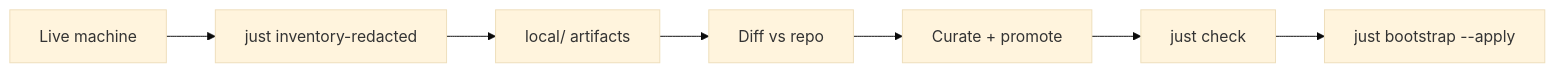
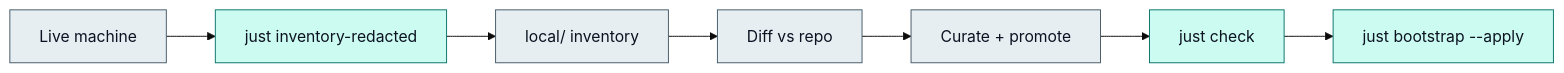
The diagram in docs/content/docs/ssot-workflow.mdx (wyattowalsh/dotfiles), drawn with Mermaid (base theme) before and after one commit. The commit also changed 15 other files, not shown here.

First line of the commit message:
feat(docs): Phosphor icons, Signal Graphite palette, themed Mermaid

````diff
--- a/docs/content/docs/ssot-workflow.mdx
+++ b/docs/content/docs/ssot-workflow.mdx
@@ -10,9 +10,14 @@
 ```mermaid
 flowchart LR
-  A[Live machine] --> B[just inventory-redacted]
-  B --> C[local/ artifacts]
+  A[Live machine] --> B["just inventory-redacted"]
+  B --> C["local/ inventory"]
   C --> D[Diff vs repo]
   D --> E[Curate + promote]
-  E --> F[just check]
-  F --> G[just bootstrap --apply]
+  E --> F["just check"]
+  F --> G["just bootstrap --apply"]
+
+  classDef signal fill:#ccfbf1,stroke:#0f766e,color:#0b1220
+  classDef mute fill:#e6eef2,stroke:#4a5d6a,color:#0b1220
+  class B,F,G signal
+  class A,C,D,E mute
 ```
````
